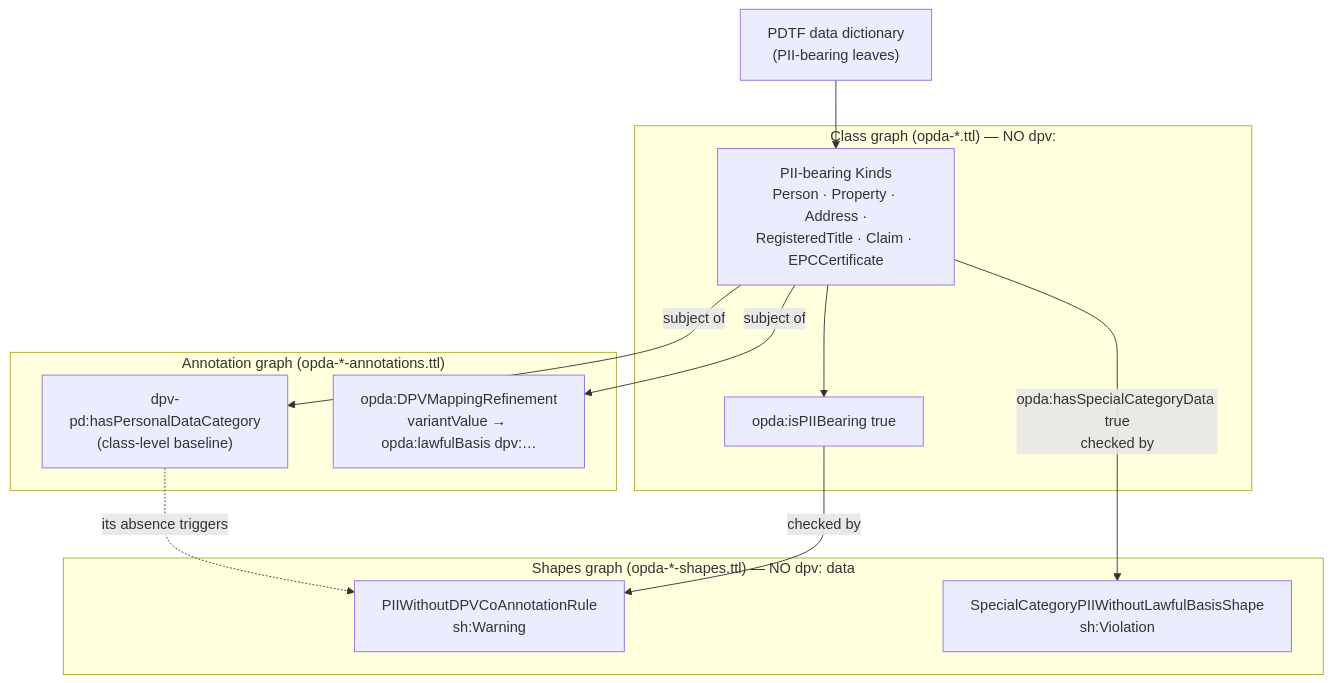
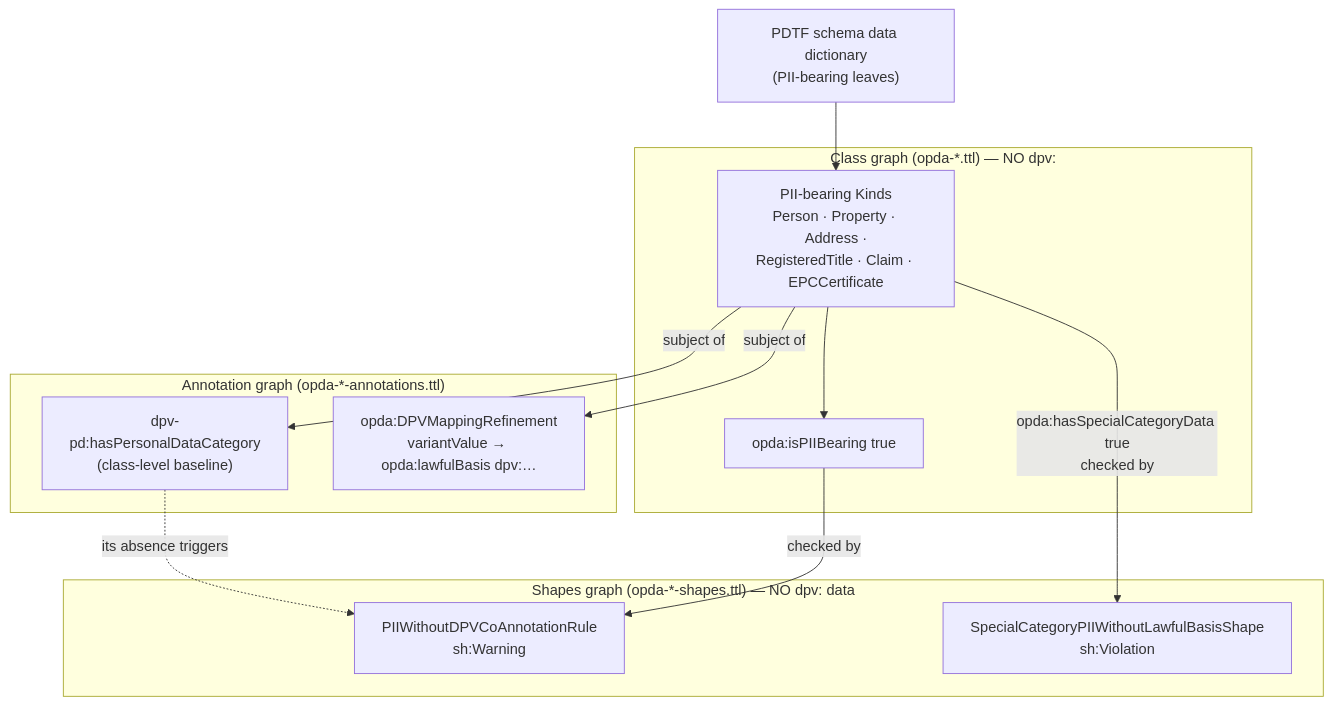
The first of 2 diagrams in docs/linked-data-initiative/04-governance-and-privacy-modelling.md (sparkling/opda), drawn with Mermaid before and after one commit. The commit also changed other lines of this file and 559 other files, not shown here.

Commit message:
feat(ia): adopt schema-to-scheme naming and routes

````diff
--- a/docs/linked-data-initiative/04-governance-and-privacy-modelling.md
+++ b/docs/linked-data-initiative/04-governance-and-privacy-modelling.md
@@ -283,30 +282,30 @@
 ```mermaid
 flowchart TD
     accTitle: DPV co-annotation placement and the sensitivity gate
     accDescr: PII-bearing Kinds receive dpv-pd category baselines in the annotation graph; variant refinements carry lawful-basis references; the SHACL gate flags missing annotations. DPV triples never enter the class or shapes graph.
 
-    DD["PDTF data dictionary<br/>(PII-bearing leaves)"]:::user
+    DD["PDTF schema data dictionary<br/>(PII-bearing leaves)"]:::user
 
     subgraph CG["Class graph (opda-*.ttl) — NO dpv:"]
         K["PII-bearing Kinds<br/>Person · Property · Address ·<br/>RegisteredTitle · Claim · EPCCertificate"]:::process
         FLAG["opda:isPIIBearing true"]:::process
     end
 
     subgraph AG["Annotation graph (opda-*-annotations.ttl)"]
         BASE["dpv-pd:hasPersonalDataCategory<br/>(class-level baseline)"]:::success
         REF["opda:DPVMappingRefinement<br/>variantValue → opda:lawfulBasis dpv:…"]:::success
     end
 
     subgraph SG["Shapes graph (opda-*-shapes.ttl) — NO dpv: data"]
         G1["PIIWithoutDPVCoAnnotationRule<br/>sh:Warning"]:::warning
         G2["SpecialCategoryPIIWithoutLawfulBasisShape<br/>sh:Violation"]:::error
     end
 
     DD --> K
     K --> FLAG
     K -->|"subject of"| BASE
     K -->|"subject of"| REF
     FLAG -->|"checked by"| G1
     BASE -.->|"its absence triggers"| G1
     K -->|"opda:hasSpecialCategoryData true<br/>checked by"| G2
 ```
````
